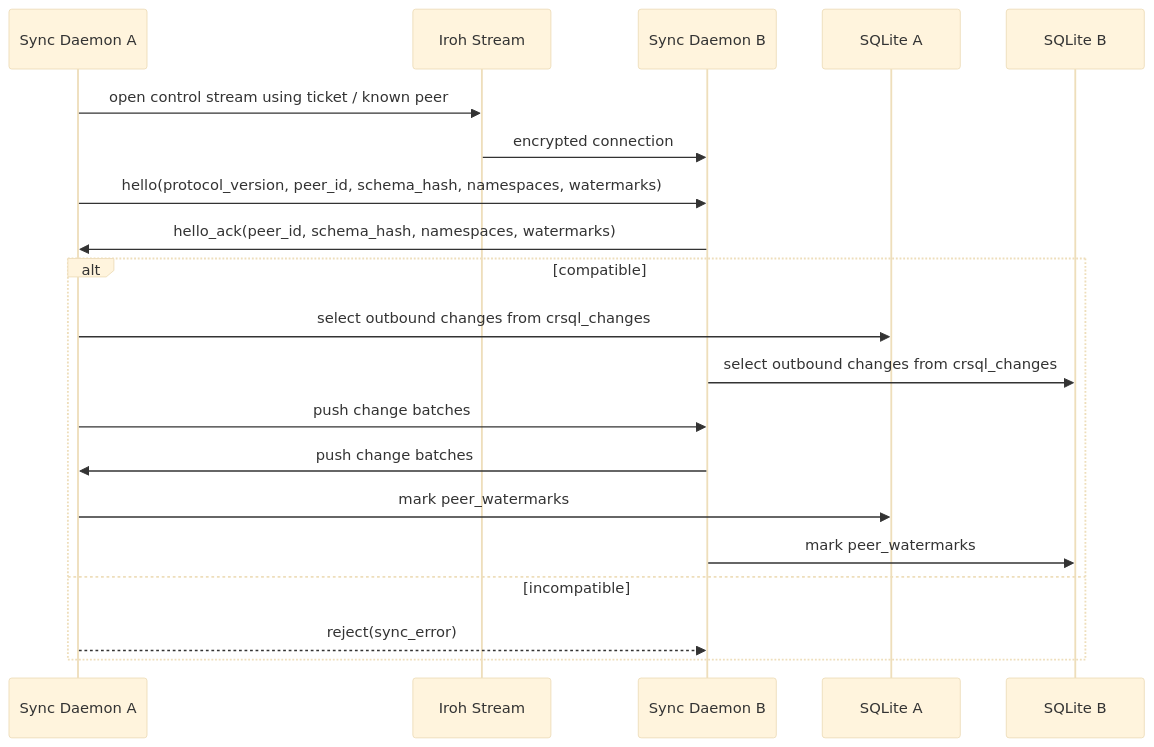
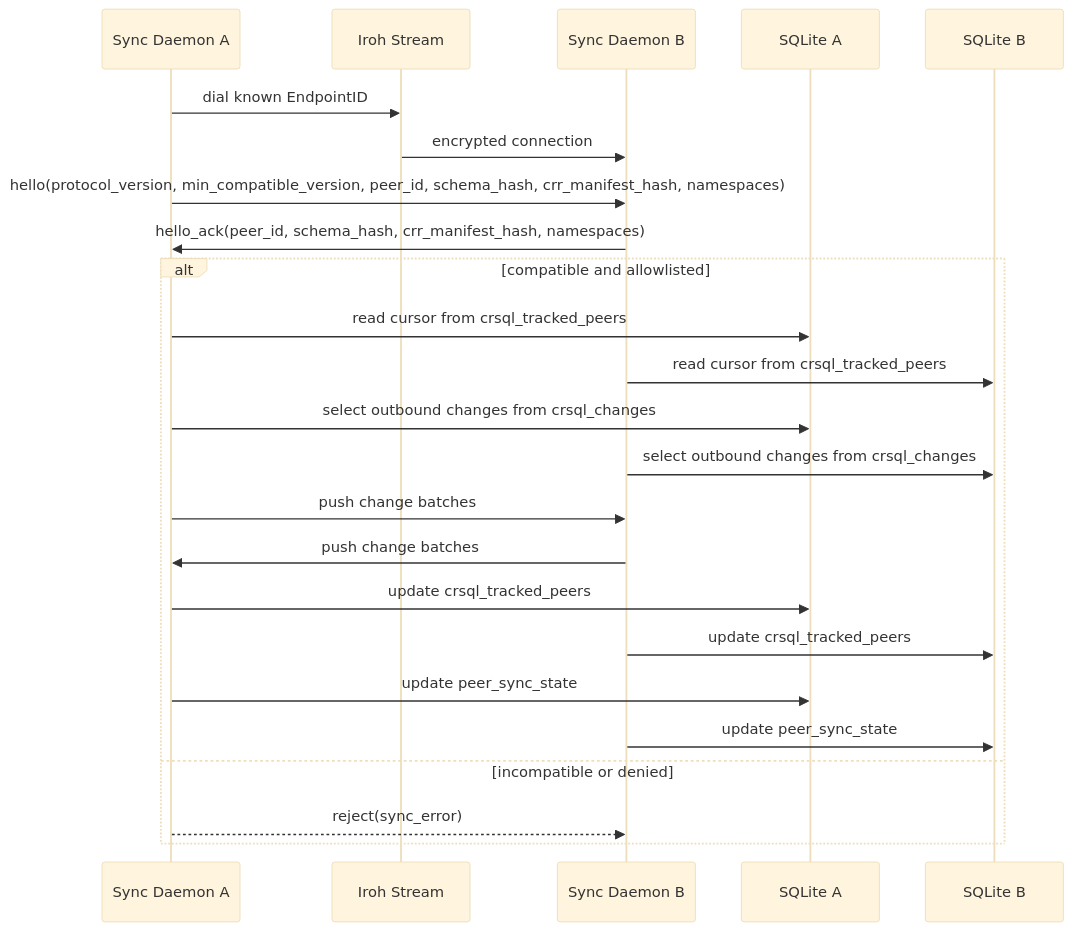
One commit to Taku315o/crdt-agent-memory changed the third of 8 diagrams in docs/architecture/workflows.md. Above: the diagram before and after it, drawn with Mermaid (base theme). The commit also changed other lines of this file and 10 other files, not shown here.

````diff
--- a/docs/architecture/workflows.md
+++ b/docs/architecture/workflows.md
@@ -64,23 +104,27 @@
 ```mermaid
 sequenceDiagram
     participant SyncA as Sync Daemon A
     participant Iroh as Iroh Stream
     participant SyncB as Sync Daemon B
     participant DBA as SQLite A
     participant DBB as SQLite B
 
-    SyncA->>Iroh: open control stream using ticket / known peer
+    SyncA->>Iroh: dial known EndpointID
     Iroh->>SyncB: encrypted connection
-    SyncA->>SyncB: hello(protocol_version, peer_id, schema_hash, namespaces, watermarks)
-    SyncB->>SyncA: hello_ack(peer_id, schema_hash, namespaces, watermarks)
-    alt compatible
+    SyncA->>SyncB: hello(protocol_version, min_compatible_version, peer_id, schema_hash, crr_manifest_hash, namespaces)
+    SyncB->>SyncA: hello_ack(peer_id, schema_hash, crr_manifest_hash, namespaces)
+    alt compatible and allowlisted
+        SyncA->>DBA: read cursor from crsql_tracked_peers
+        SyncB->>DBB: read cursor from crsql_tracked_peers
         SyncA->>DBA: select outbound changes from crsql_changes
         SyncB->>DBB: select outbound changes from crsql_changes
         SyncA->>SyncB: push change batches
         SyncB->>SyncA: push change batches
-        SyncA->>DBA: mark peer_watermarks
-        SyncB->>DBB: mark peer_watermarks
-    else incompatible
+        SyncA->>DBA: update crsql_tracked_peers
+        SyncB->>DBB: update crsql_tracked_peers
+        SyncA->>DBA: update peer_sync_state
+        SyncB->>DBB: update peer_sync_state
+    else incompatible or denied
         SyncA-->>SyncB: reject(sync_error)
     end
 ```
````
